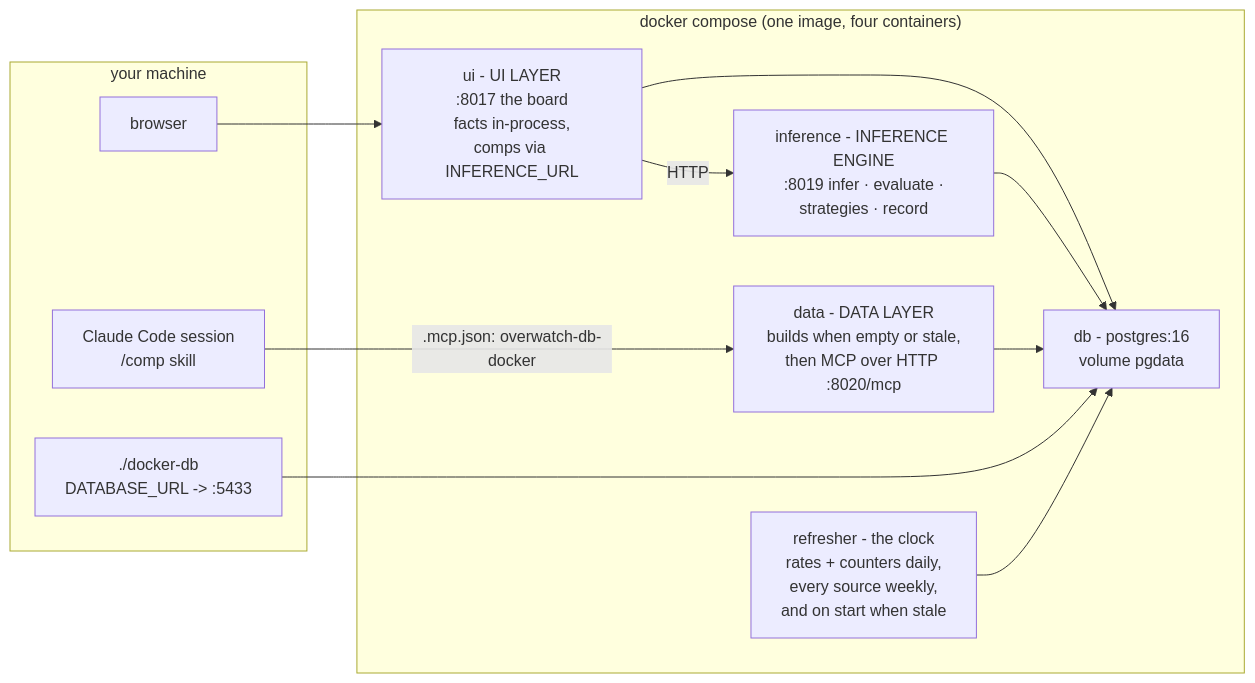
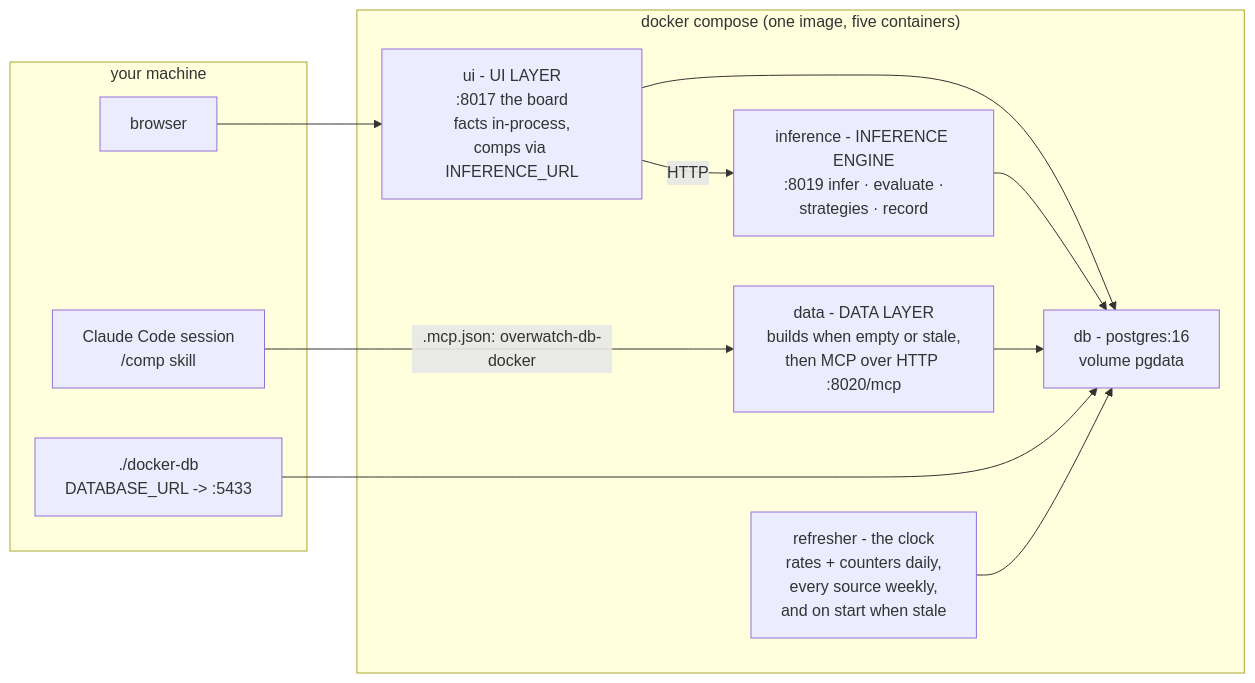
One commit to mmikol/counter-utility-matrix changed the second of 2 diagrams in docs/architecture.md. Above: the diagram before and after it, drawn with Mermaid. The commit also changed other lines of this file and 7 other files, not shown here.

````diff
--- a/docs/architecture.md
+++ b/docs/architecture.md
@@ -125,23 +125,23 @@
 ```mermaid
 flowchart LR
     subgraph HOST["your machine"]
         SESSION["Claude Code session<br/>/comp skill"]
         BROWSER["browser"]
         SHELL["./docker-db<br/>DATABASE_URL -> :5433"]
     end
-    subgraph DOCKER["docker compose (one image, four containers)"]
+    subgraph DOCKER["docker compose (one image, five containers)"]
         DATA["data - DATA LAYER<br/>builds when empty or stale,<br/>then MCP over HTTP :8020/mcp"]
         INF["inference - INFERENCE ENGINE<br/>:8019 infer · evaluate ·<br/>strategies · record"]
         UI["ui - UI LAYER<br/>:8017 the board<br/>facts in-process,<br/>comps via INFERENCE_URL"]
         DBC["db - postgres:16<br/>volume pgdata"]
         REF["refresher - the clock<br/>rates + counters daily,<br/>every source weekly,<br/>and on start when stale"]
     end
     SESSION -->|".mcp.json: overwatch-db-docker"| DATA
     BROWSER --> UI
     UI -->|"HTTP"| INF
     UI --> DBC
     INF --> DBC
     DATA --> DBC
     SHELL --> DBC
     REF --> DBC
 ```
````
